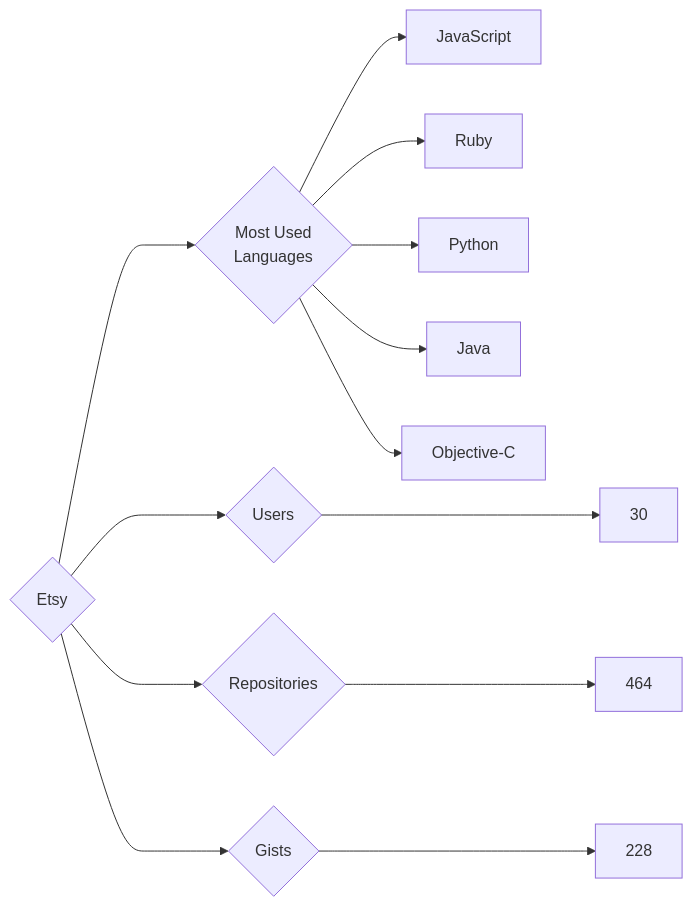
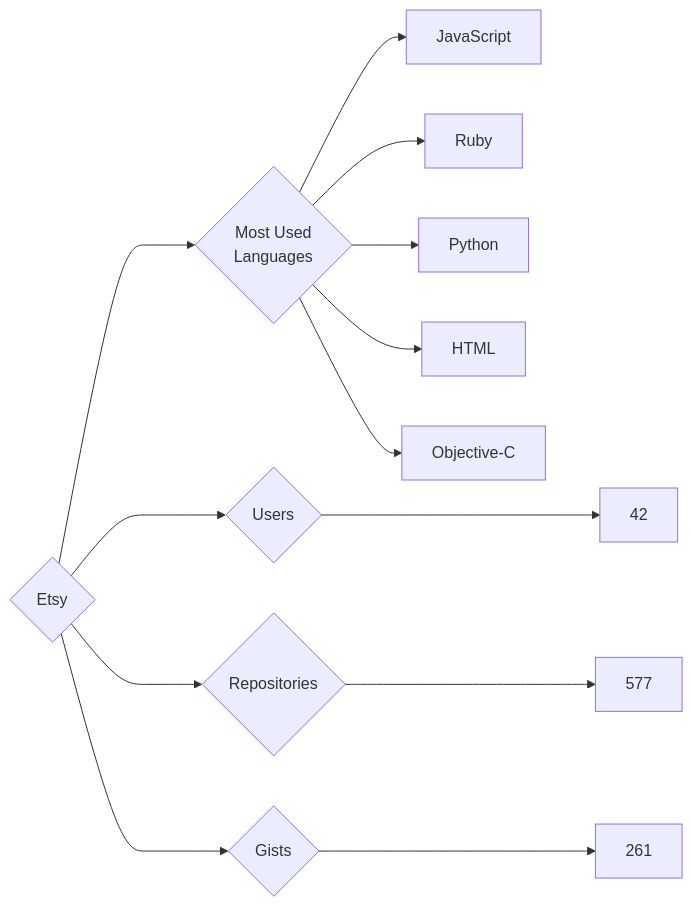
The diagram in targets/Etsy/README.md (trickest/insiders), drawn with Mermaid before and after one commit. The commit also changed 953 other files, not shown here.

````diff
--- a/targets/Etsy/README.md
+++ b/targets/Etsy/README.md
@@ -3,13 +3,13 @@
 ```mermaid
 graph LR
 COMPANY_NAME{Etsy}
-COMPANY_NAME ---> U{Users} ---> UN[30]
-COMPANY_NAME ---> R{Repositories} ---> RN[464]
-COMPANY_NAME ---> G{Gists} ---> GN[228]
+COMPANY_NAME ---> U{Users} ---> UN[42]
+COMPANY_NAME ---> R{Repositories} ---> RN[577]
+COMPANY_NAME ---> G{Gists} ---> GN[261]
 COMPANY_NAME ---> ML{Most Used<br>Languages}
 ML --> JavaScript[JavaScript]
 ML --> Ruby[Ruby]
 ML --> Python[Python]
-ML --> Java[Java]
+ML --> HTML[HTML]
 ML --> Objective-C[Objective-C]
 ```
````
